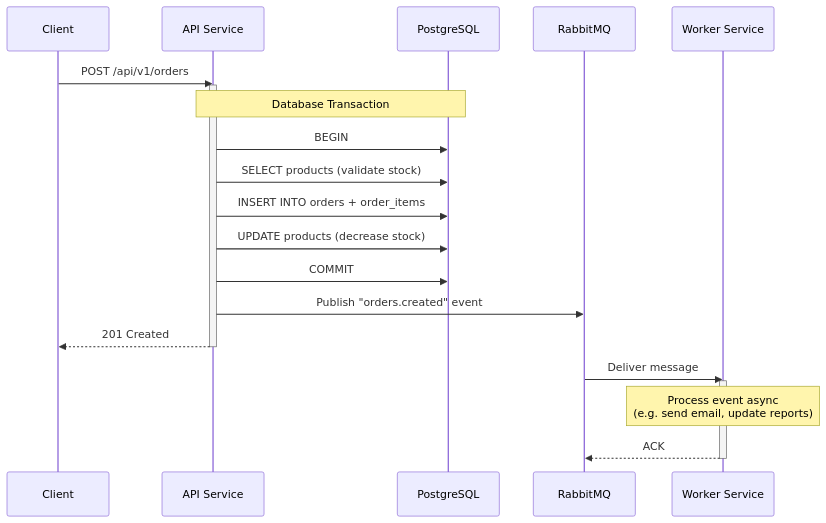
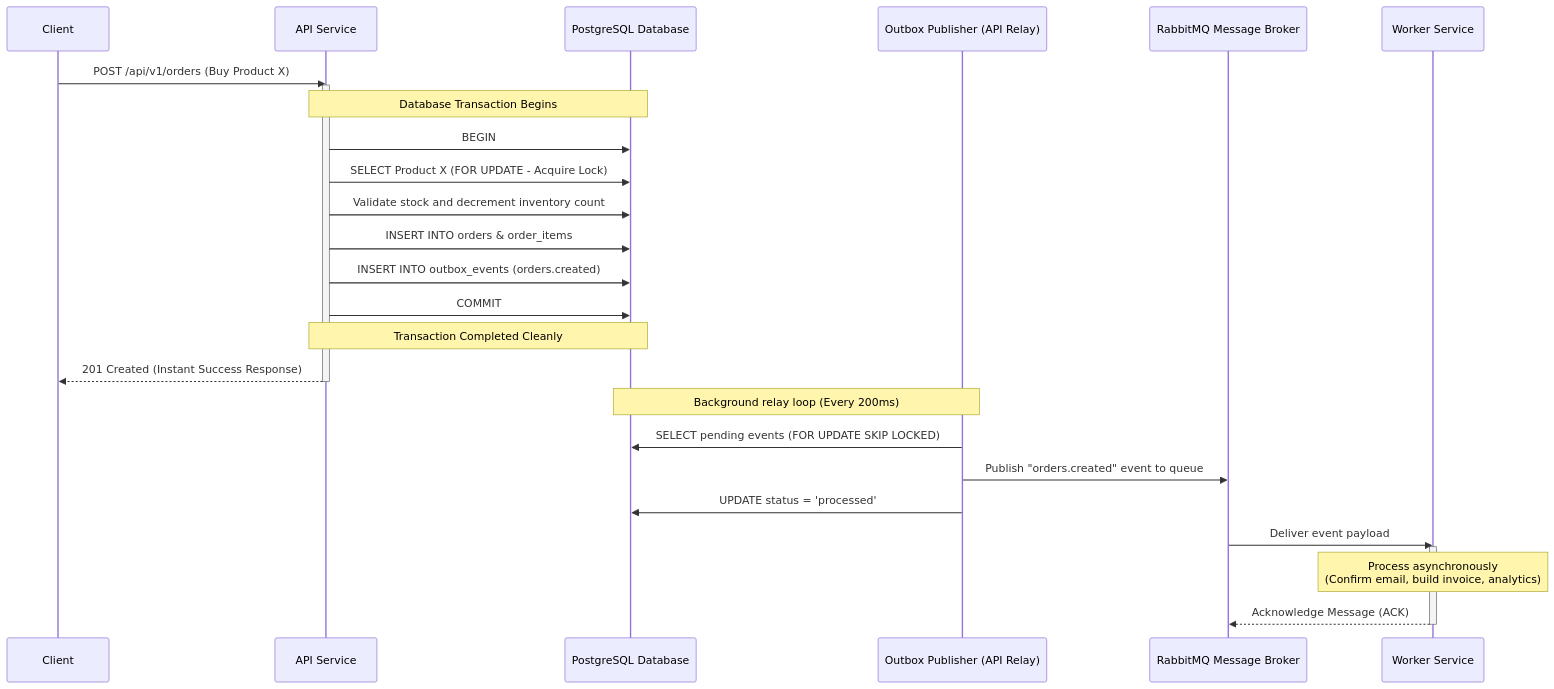
Before and after one commit to elokanugrah/go-event-driven: the second of 2 diagrams in README.md, drawn with Mermaid. The commit also changed other lines of this file and 17 other files, not shown here.

````diff
--- a/README.md
+++ b/README.md
@@ -51,28 +63,35 @@
 ```mermaid
 sequenceDiagram
     participant C as Client
     participant API as API Service
-    participant DB as PostgreSQL
-    participant MQ as RabbitMQ
+    participant DB as PostgreSQL Database
+    participant OP as Outbox Publisher (API Relay)
+    participant MQ as RabbitMQ Message Broker
     participant W as Worker Service
 
-    C->>API: POST /api/v1/orders
+    C->>API: POST /api/v1/orders (Buy Product X)
     activate API
 
-    Note over API,DB: Database Transaction
+    Note over API,DB: Database Transaction Begins
     API->>DB: BEGIN
-    API->>DB: SELECT products (validate stock)
-    API->>DB: INSERT INTO orders + order_items
-    API->>DB: UPDATE products (decrease stock)
+    API->>DB: SELECT Product X (FOR UPDATE - Acquire Lock)
+    API->>DB: Validate stock and decrement inventory count
+    API->>DB: INSERT INTO orders & order_items
+    API->>DB: INSERT INTO outbox_events (orders.created)
     API->>DB: COMMIT
+    Note over API,DB: Transaction Completed Cleanly
 
-    API->>MQ: Publish "orders.created" event
-    API-->>C: 201 Created
+    API-->>C: 201 Created (Instant Success Response)
     deactivate API
 
-    MQ->>W: Deliver message
+    Note over OP,DB: Background relay loop (Every 200ms)
+    OP->>DB: SELECT pending events (FOR UPDATE SKIP LOCKED)
+    OP->>MQ: Publish "orders.created" event to queue
+    OP->>DB: UPDATE status = 'processed'
+
+    MQ->>W: Deliver event payload
     activate W
-    Note over W: Process event async<br/>(e.g. send email, update reports)
-    W-->>MQ: ACK
+    Note over W: Process asynchronously<br/>(Confirm email, build invoice, analytics)
+    W-->>MQ: Acknowledge Message (ACK)
     deactivate W
 ```
````
